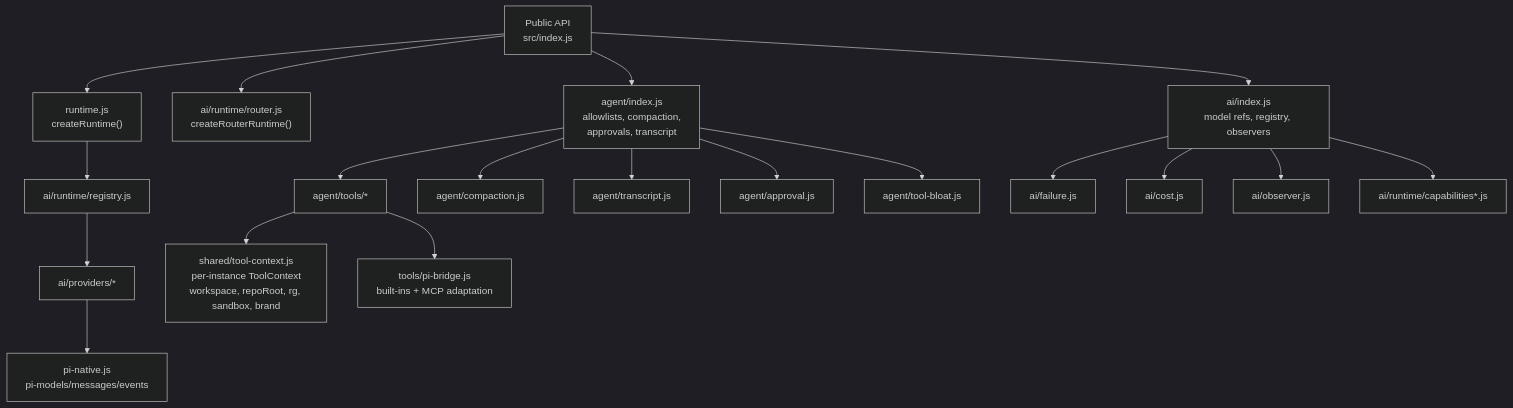
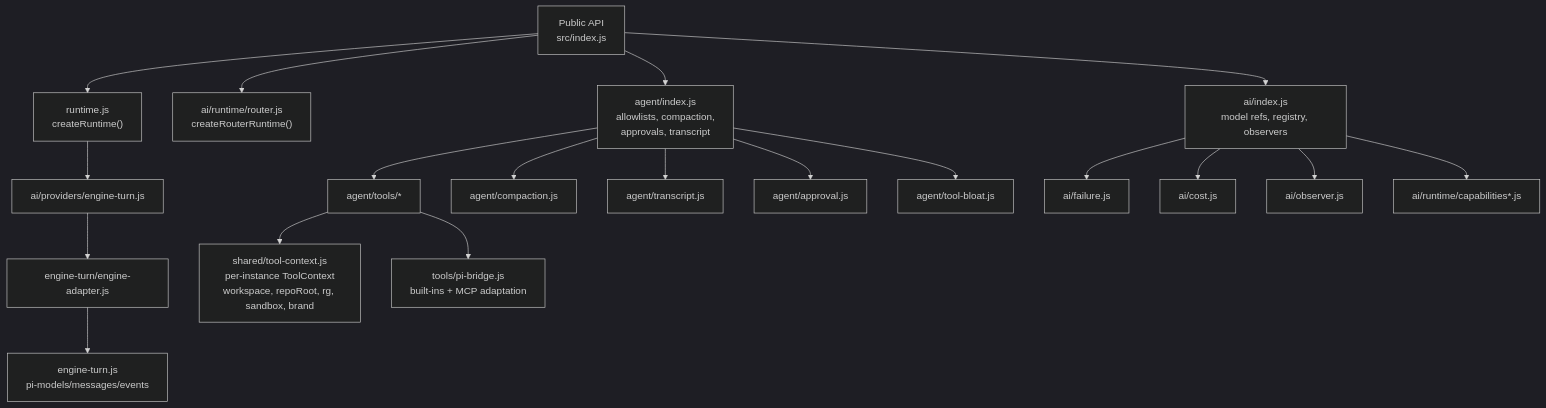
One commit to robertsreberski/mono-agent changed the fourth of 5 diagrams in packages/agent-runtime/ARCHITECTURE.md. Above: the diagram before and after it, drawn with Mermaid (dark theme). The commit also changed other lines of this file and 104 other files, not shown here.

First line of the commit message:
refactor(runtime): name the engine turn adapter and dispatch it directly (#1270)

````diff
--- a/packages/agent-runtime/ARCHITECTURE.md
+++ b/packages/agent-runtime/ARCHITECTURE.md
@@ -193,26 +195,26 @@
 ```mermaid
 flowchart TB
   Public["Public API<br/>src/index.js"] --> RuntimeFactory["runtime.js<br/>createRuntime()"]
   Public --> Router["ai/runtime/router.js<br/>createRouterRuntime()"]
   Public --> AIExports["ai/index.js<br/>model refs, registry, observers"]
   Public --> AgentExports["agent/index.js<br/>allowlists, compaction,<br/>approvals, transcript"]
 
-  RuntimeFactory --> Registry["ai/runtime/registry.js"]
-  Registry --> Providers["ai/providers/*"]
+  RuntimeFactory --> AdapterModule["ai/providers/engine-turn.js"]
+  AdapterModule --> Providers["engine-turn/engine-adapter.js"]
 
-  Providers --> Pi["pi-native.js<br/>pi-models/messages/events"]
+  Providers --> Pi["engine-turn.js<br/>pi-models/messages/events"]
 
   AgentExports --> Tools["agent/tools/*"]
   Tools --> ToolContext["shared/tool-context.js<br/>per-instance ToolContext<br/>workspace, repoRoot, rg, sandbox, brand"]
   Tools --> PiBridge["tools/pi-bridge.js<br/>built-ins + MCP adaptation"]
 
   AgentExports --> Compaction["agent/compaction.js"]
   AgentExports --> Transcript["agent/transcript.js"]
   AgentExports --> Approval["agent/approval.js"]
   AgentExports --> Bloat["agent/tool-bloat.js"]
 
   AIExports --> Failure["ai/failure.js"]
   AIExports --> Cost["ai/cost.js"]
   AIExports --> Observer["ai/observer.js"]
   AIExports --> Capabilities["ai/runtime/capabilities*.js"]
 ```
````
